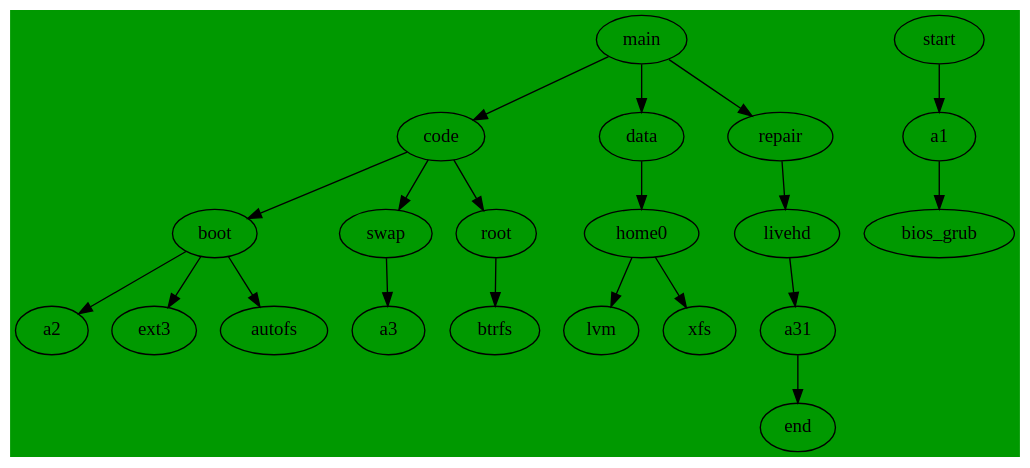
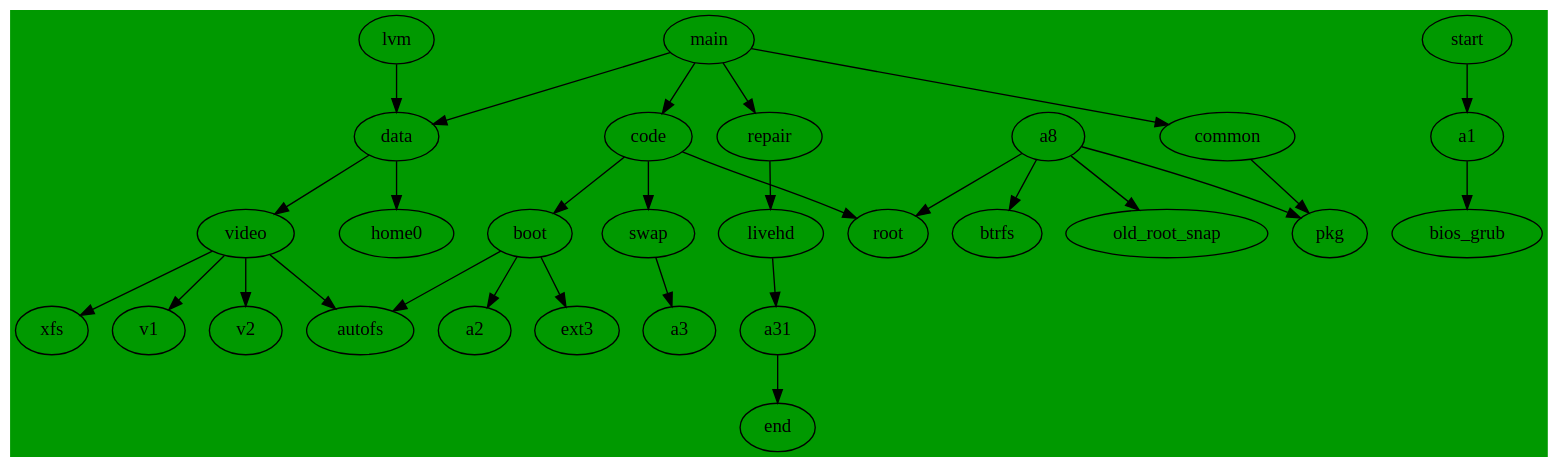
The diagram in dot/.config/dupl/parted.dot (cdede/dotfiles), drawn with Graphviz before and after one commit.

Commit message:
home split 3

```diff
--- a/dot/.config/dupl/parted.dot
+++ b/dot/.config/dupl/parted.dot
@@ -1,29 +1,38 @@
 // dot -Tpng  parted.dot -o line1.png
 //  default ext4
 digraph G {
   bgcolor ="#009900";
   main->code;
   main->data;
   main->repair;
+  main->common;
 
   start->a1;
   a1->bios_grub;
   a31->end;
 
   code->boot;
   boot->a2;
   boot->ext3;
   boot->autofs;
   code->swap;
   swap->a3;
 
   code->root;
-  root ->btrfs;
+  common -> pkg;
+  a8 ->btrfs;
+  a8 -> root;
+  a8 -> old_root_snap;
+  a8 -> pkg;
 
   repair->livehd;
   livehd->a31;
 
   data->home0;
-  home0->lvm;
-  home0->xfs;
+  data->video;
+  lvm->data;
+  video->xfs;
+  video->autofs;
+  video->v1;
+  video->v2;
 }
```
